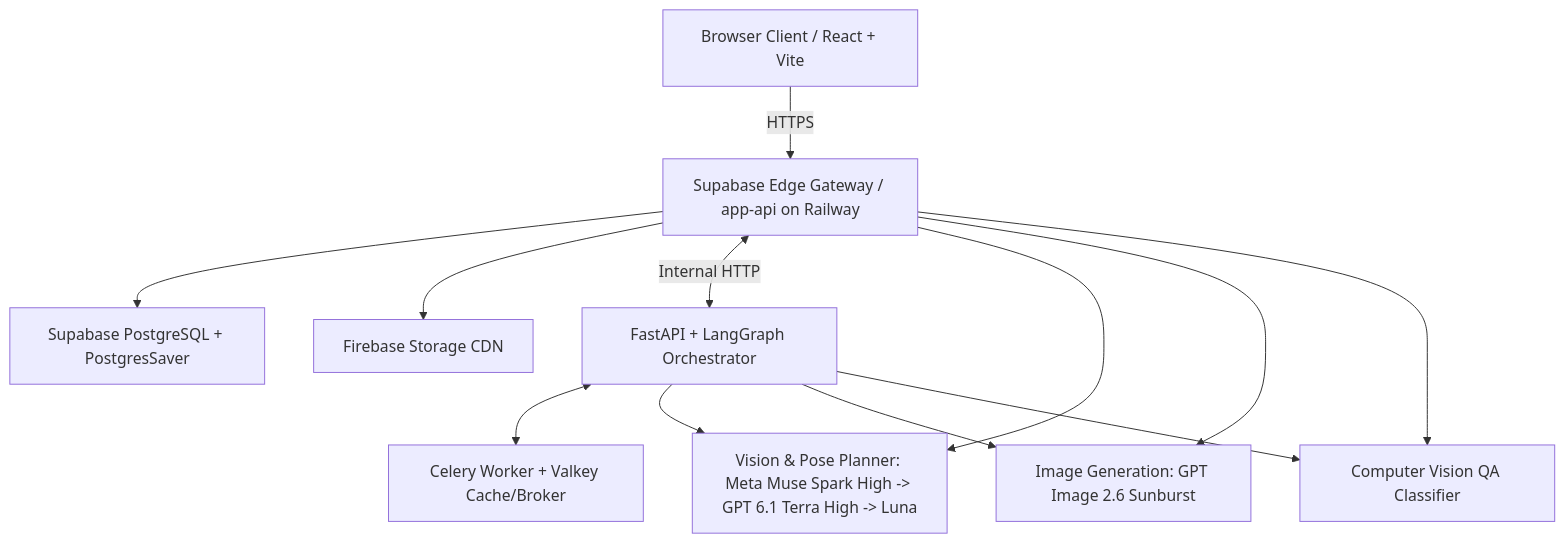
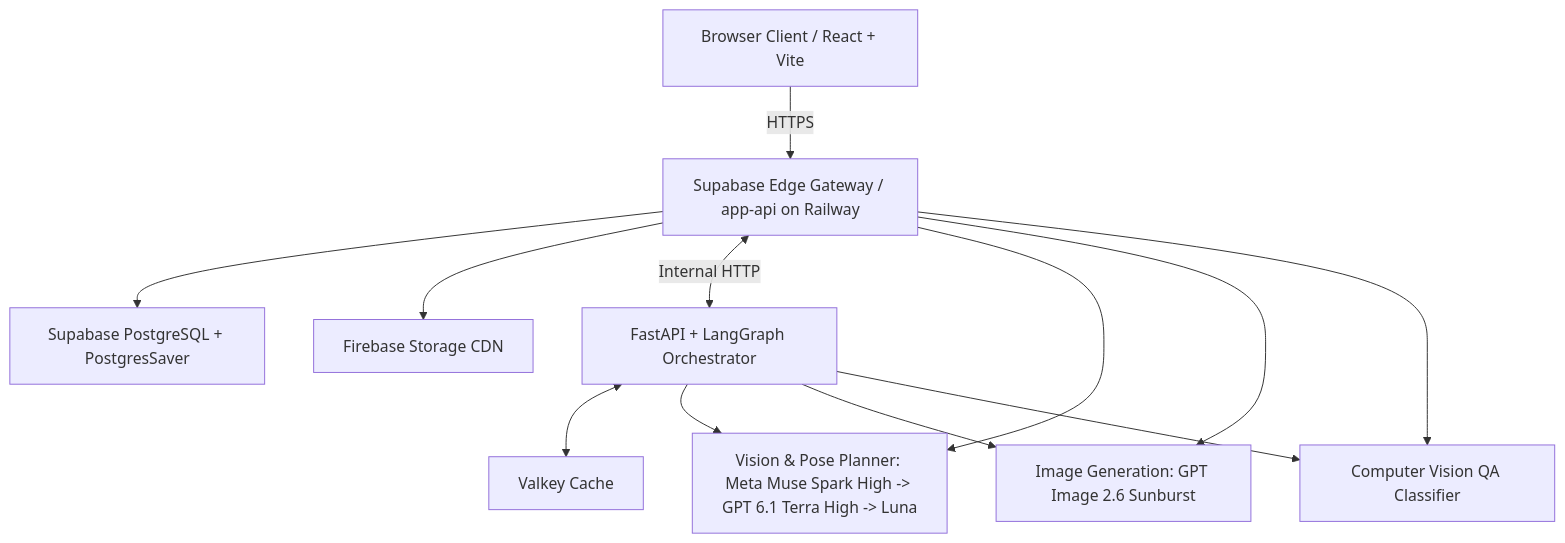
The diagram in youthnic-ai-studio-docs/developer/architecture-overview.mdx (pawanshukla500/aistudio-youthnic), drawn with Mermaid before and after one commit. The commit also changed other lines of this file and 49 other files, not shown here.

````diff
--- a/youthnic-ai-studio-docs/developer/architecture-overview.mdx
+++ b/youthnic-ai-studio-docs/developer/architecture-overview.mdx
@@ -14,11 +14,11 @@
 ```mermaid
 graph TD
     A[Browser Client / React + Vite] -->|HTTPS| B[Supabase Edge Gateway / app-api on Railway]
     B --> C[Supabase PostgreSQL + PostgresSaver]
     B --> D[Firebase Storage CDN]
     B <-->|Internal HTTP| E[FastAPI + LangGraph Orchestrator]
-    E <--> F[Celery Worker + Valkey Cache/Broker]
+    E <--> F[Valkey Cache]
     B & E --> G[Vision & Pose Planner: Meta Muse Spark High -> GPT 6.1 Terra High -> Luna]
     B & E --> H[Image Generation: GPT Image 2.6 Sunburst]
     B & E --> I[Computer Vision QA Classifier]
 ```
````
